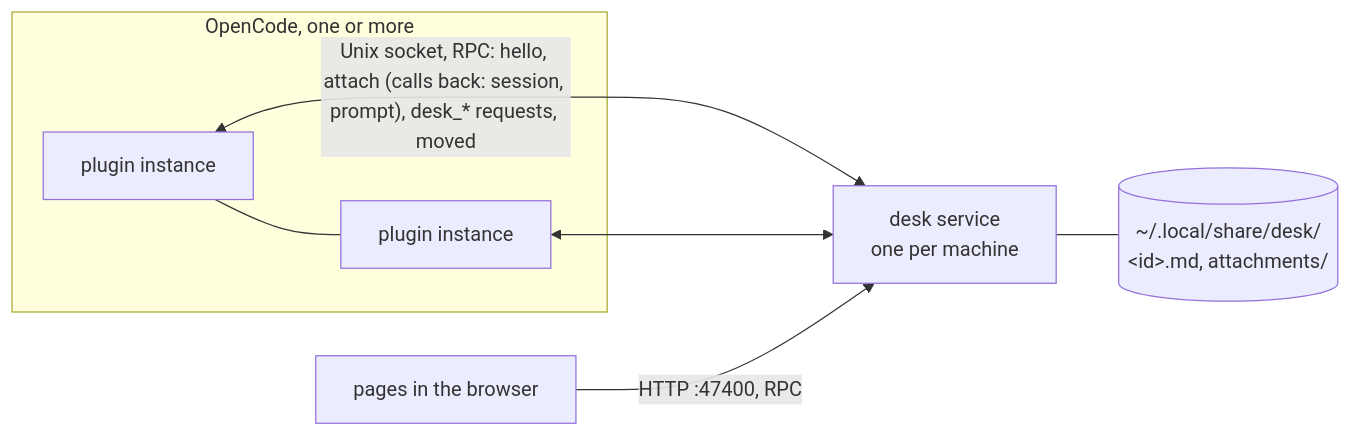
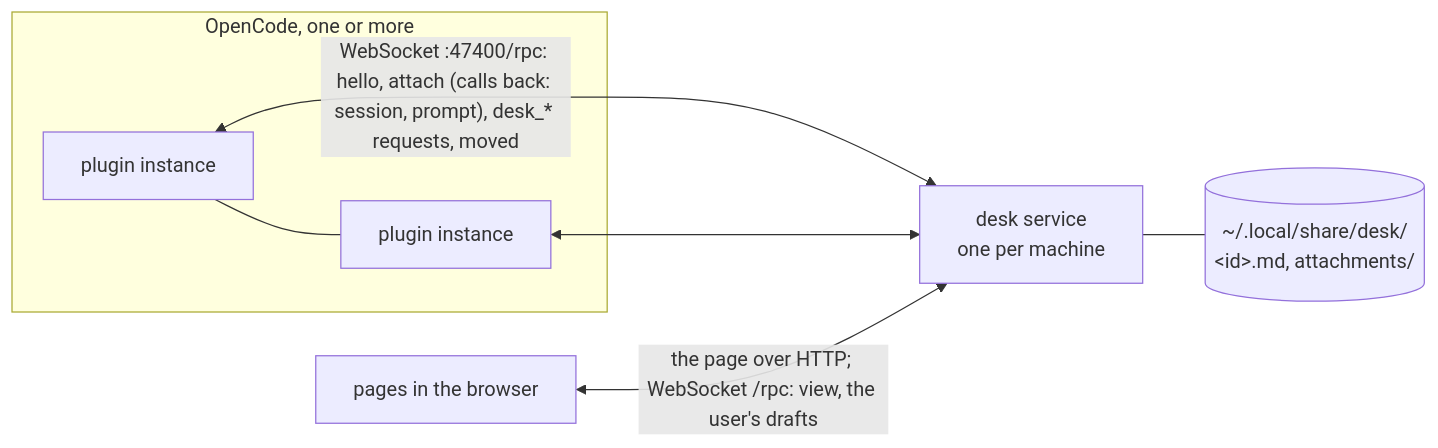
Before and after one commit to HugeLetters/desk: the diagram in README.md, drawn with Mermaid. The commit also changed other lines of this file and 30 other files, not shown here.

````diff
--- a/README.md
+++ b/README.md
@@ -48,11 +48,11 @@
 ```mermaid
 flowchart LR
   subgraph OC[OpenCode, one or more]
     P1[plugin instance] --- P2[plugin instance]
   end
-  P1 <-- "Unix socket, RPC: hello, attach (calls back: session, prompt), desk_* requests, moved" --> S
+  P1 <-- "WebSocket :47400/rpc: hello, attach (calls back: session, prompt), desk_* requests, moved" --> S
   P2 <--> S
-  B[pages in the browser] -- "HTTP :47400, RPC" --> S
+  B[pages in the browser] <-- "the page over HTTP; WebSocket /rpc: view, the user's drafts" --> S
   S[desk service<br/>one per machine]
   S --- F[(~/.local/share/desk/<br/>&lt;id&gt;.md, attachments/)]
 ```
````
